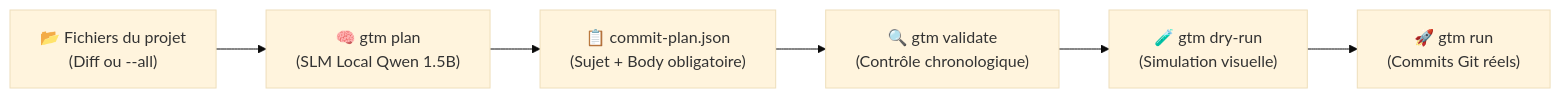
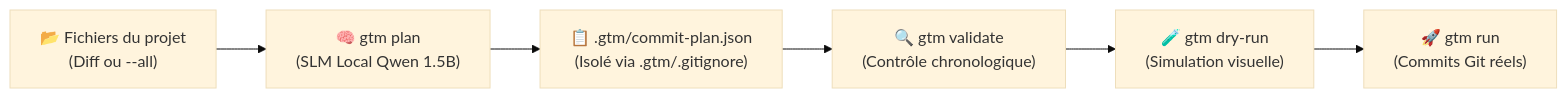
One commit to emerytossavi/Git_Tasks-Time_Machine changed the diagram in README.md. Above: the diagram before and after it, drawn with Mermaid (base theme). The commit also changed other lines of this file, not shown here.

````diff
--- a/README.md
+++ b/README.md
@@ -50,8 +50,8 @@
 ```mermaid
 flowchart LR
     A["📂 Fichiers du projet\n(Diff ou --all)"] --> B["🧠 gtm plan\n(SLM Local Qwen 1.5B)"]
-    B --> C["📋 commit-plan.json\n(Sujet + Body obligatoire)"]
+    B --> C["📋 .gtm/commit-plan.json\n(Isolé via .gtm/.gitignore)"]
     C --> D["🔍 gtm validate\n(Contrôle chronologique)"]
     D --> E["🧪 gtm dry-run\n(Simulation visuelle)"]
     E --> F["🚀 gtm run\n(Commits Git réels)"]
 ```
````
